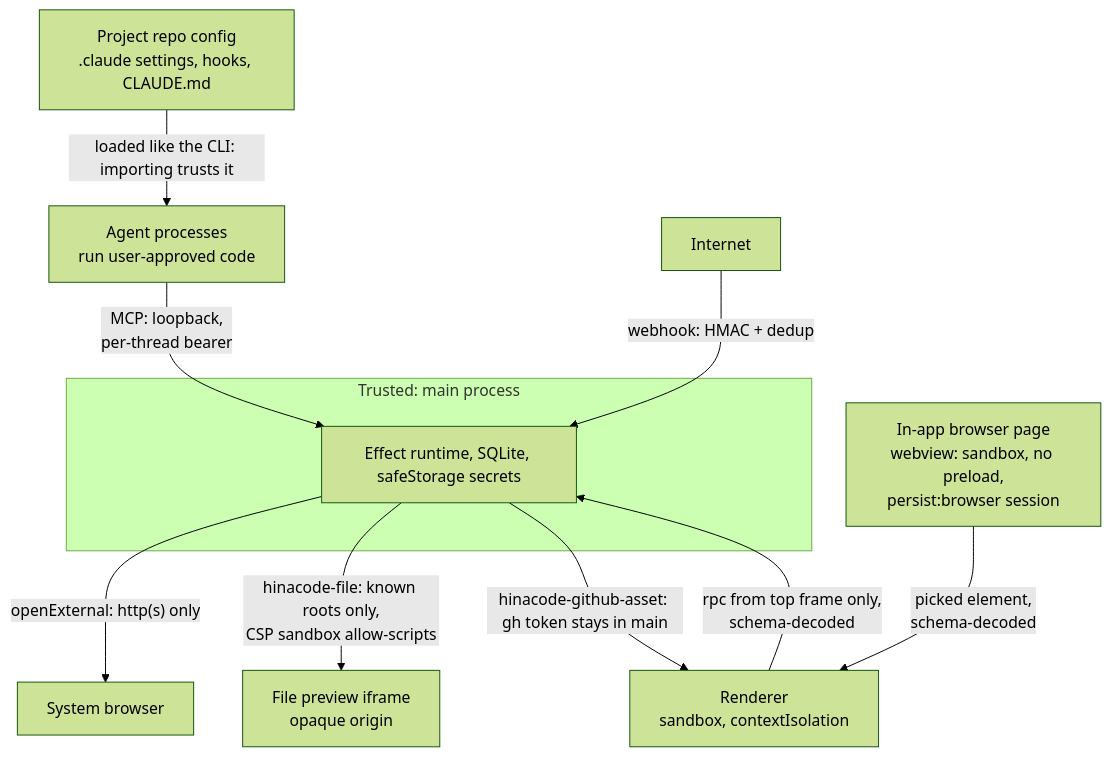
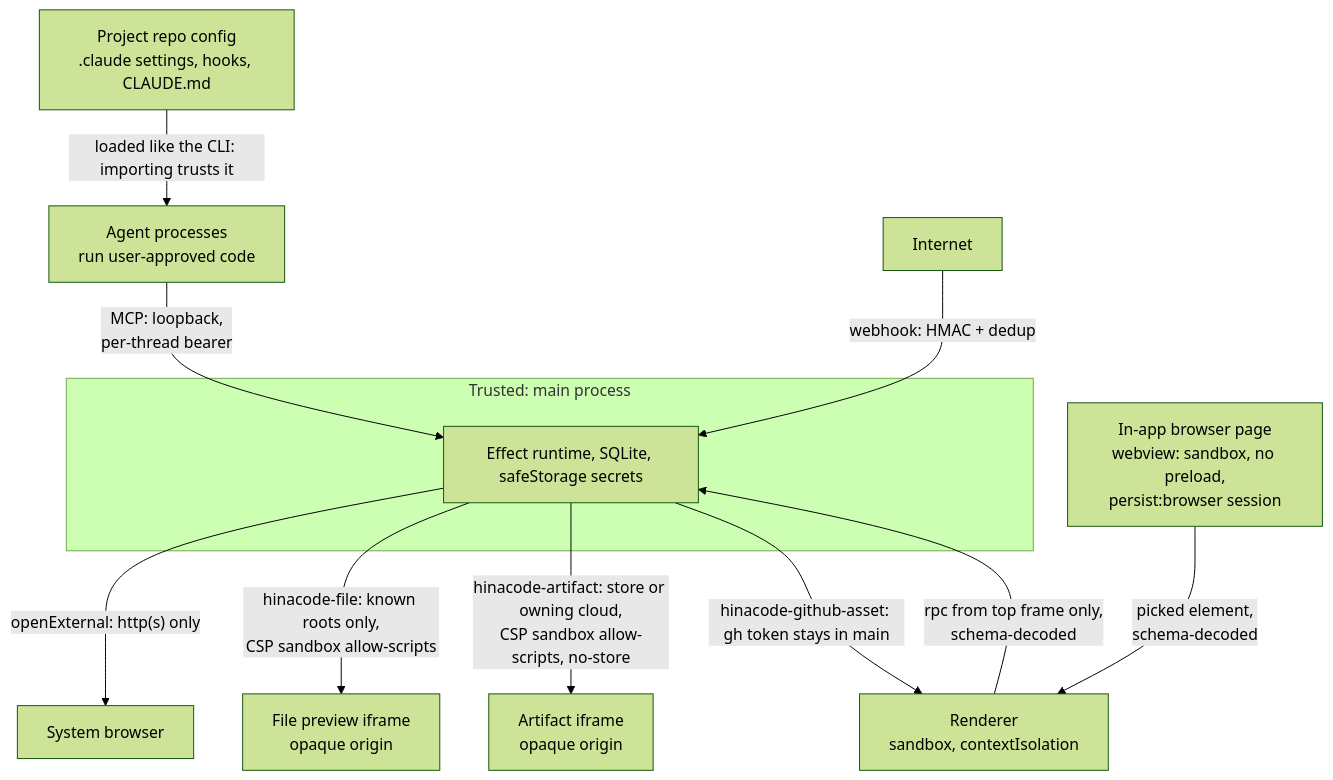
One commit to hinadev-ai/hinacode changed diagram 17 of 17 in docs/arch.md. Above: the diagram before and after it, drawn with Mermaid (forest theme). The commit also changed other lines of this file, not shown here.

Commit message:
docs(arch): add the artifact frame boundary

````diff
--- a/docs/arch.md
+++ b/docs/arch.md
@@ -618,14 +618,15 @@
 ```mermaid
 flowchart TB
   subgraph trusted["Trusted: main process"]
     main["Effect runtime, SQLite, safeStorage secrets"]
   end
   renderer["Renderer<br/>sandbox, contextIsolation"] -- "rpc from top frame only,<br/>schema-decoded" --> main
   agents["Agent processes<br/>run user-approved code"] -- "MCP: loopback,<br/>per-thread bearer" --> main
   net["Internet"] -- "webhook: HMAC + dedup" --> main
   main -- "openExternal: http(s) only" --> browser["System browser"]
   page["In-app browser page<br/>webview: sandbox, no preload,<br/>persist:browser session"] -- "picked element,<br/>schema-decoded" --> renderer
   repo["Project repo config<br/>.claude settings, hooks, CLAUDE.md"] -- "loaded like the CLI: importing trusts it" --> agents
   main -- "hinacode-file: known roots only,<br/>CSP sandbox allow-scripts" --> preview["File preview iframe<br/>opaque origin"]
+  main -- "hinacode-artifact: store or owning cloud,<br/>CSP sandbox allow-scripts, no-store" --> artifact["Artifact iframe<br/>opaque origin"]
   main -- "hinacode-github-asset: gh token stays in main" --> renderer
 ```
````
